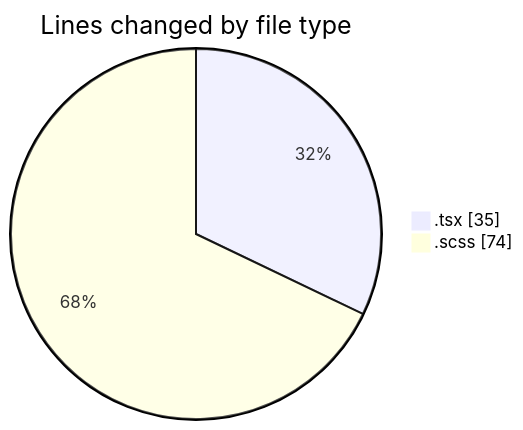
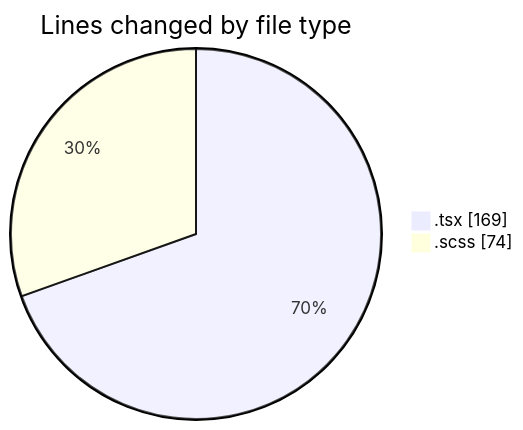
The first of 2 diagrams in 2025-12-09/cda/README.md (momahboobian/code-tracking), drawn with Mermaid before and after one commit. The commit also changed other lines of this file and 1 other file, not shown here.

````diff
--- a/2025-12-09/cda/README.md
+++ b/2025-12-09/cda/README.md
@@ -21,6 +22,6 @@
 ```mermaid
 pie showData
 title Lines changed by file type
-".tsx" : 35
+".tsx" : 169
 ".scss" : 74
 ```
````
